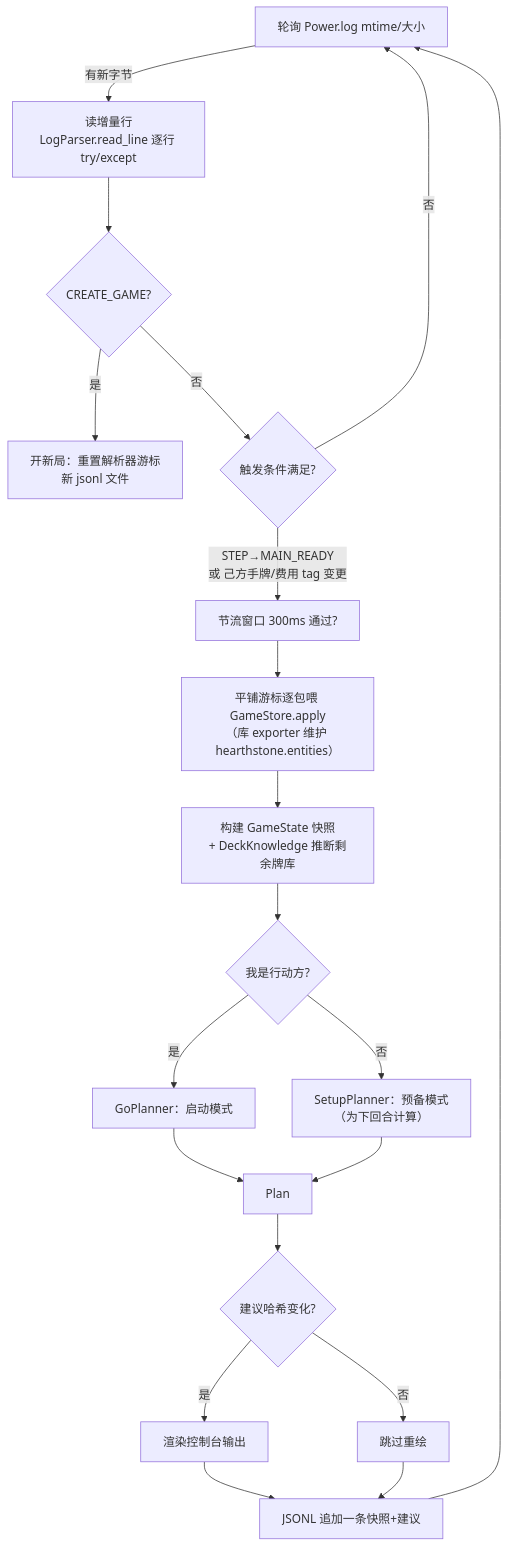
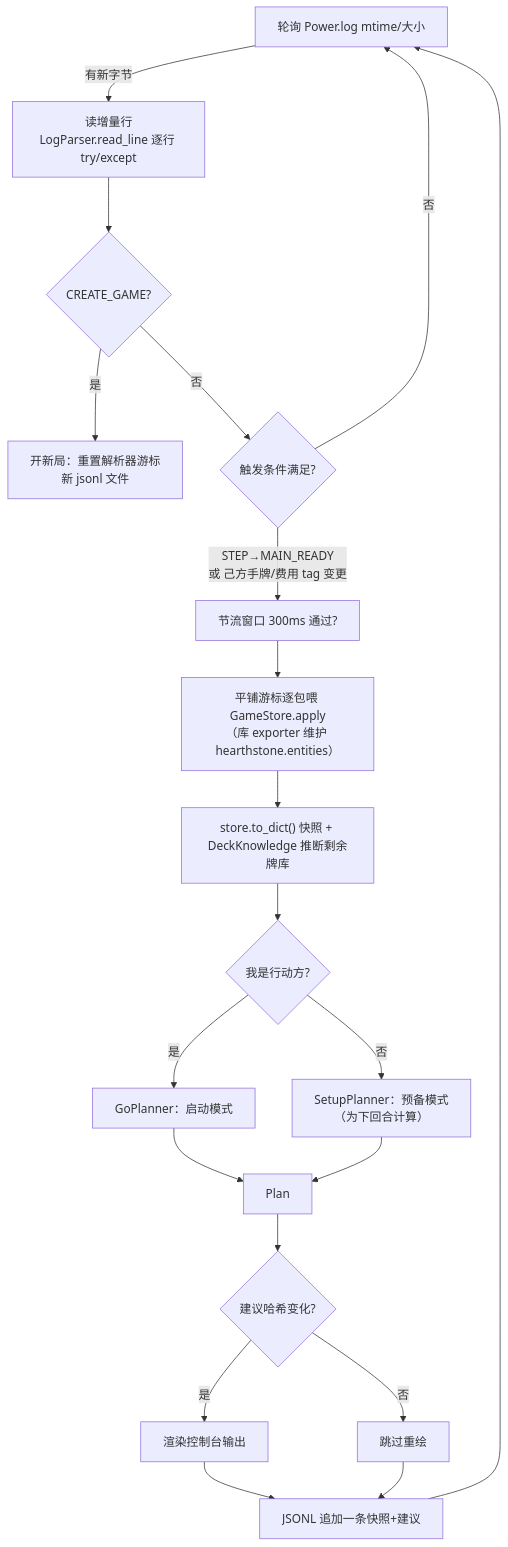
One commit to AssassinQuin/hs_game_bot changed the third of 4 diagrams in docs/DESIGN.md. Above: the diagram before and after it, drawn with Mermaid. The commit also changed other lines of this file, not shown here.

Commit message:
docs: DESIGN.md §2/§4.2/§5 陈旧架构措辞同步(GameStore/StoreExporter)

````diff
--- a/docs/DESIGN.md
+++ b/docs/DESIGN.md
@@ -226,22 +226,22 @@
 ```mermaid
 flowchart TD
     T0[轮询 Power.log mtime/大小] -- 有新字节 --> T1[读增量行<br/>LogParser.read_line 逐行 try/except]
     T1 --> T2{CREATE_GAME?}
     T2 -- 是 --> T3[开新局：重置解析器游标<br/>新 jsonl 文件]
     T2 -- 否 --> T4{触发条件满足?}
     T4 -- "STEP→MAIN_READY<br/>或 己方手牌/费用 tag 变更" --> T5[节流窗口 300ms 通过?]
     T4 -- 否 --> T0
     T5 --> T6[平铺游标逐包喂 GameStore.apply<br/>（库 exporter 维护 hearthstone.entities）]
-    T6 --> T7[构建 GameState 快照<br/>+ DeckKnowledge 推断剩余牌库]
+    T6 --> T7["store.to_dict() 快照 + DeckKnowledge 推断剩余牌库"]
     T7 --> T8{我是行动方?}
     T8 -- 是 --> T9[GoPlanner：启动模式]
     T8 -- 否 --> T10[SetupPlanner：预备模式<br/>（为下回合计算）]
     T9 --> T11[Plan]
     T10 --> T11
     T11 --> T12{建议哈希变化?}
     T12 -- 是 --> T13[渲染控制台输出]
     T12 -- 否 --> T14[跳过重绘]
     T13 --> T15[JSONL 追加一条快照+建议]
     T14 --> T15
     T15 --> T0
 ```
````
